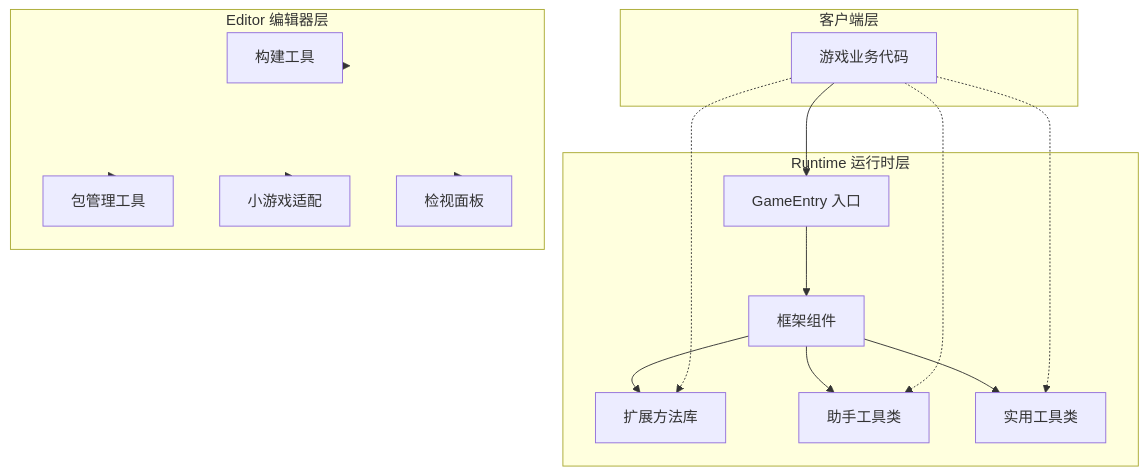
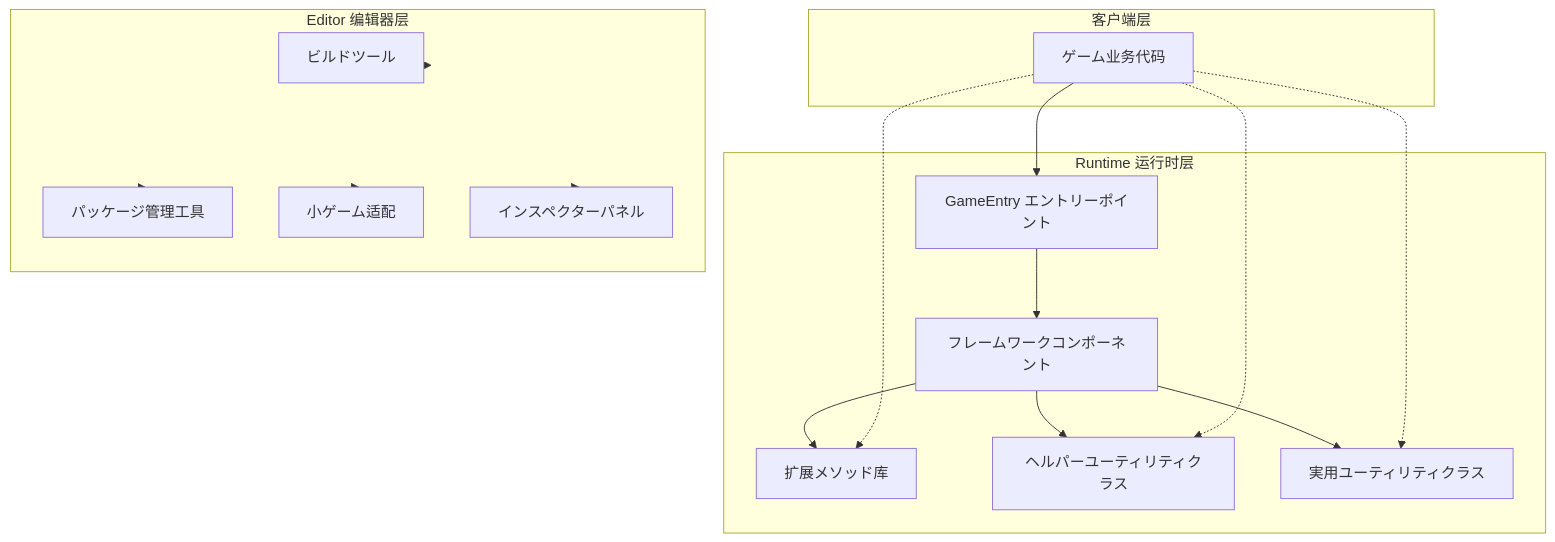
The first of 3 diagrams in docs/ja/client/unity/component/core/03.getting-started.md (AlianBlank/GameFrameX.Docs), drawn with Mermaid before and after one commit. The commit also changed other lines of this file and 603 other files, not shown here.

````diff
--- a/docs/ja/client/unity/component/core/03.getting-started.md
+++ b/docs/ja/client/unity/component/core/03.getting-started.md
@@ -26,34 +26,34 @@
 ```mermaid
 graph TD
     subgraph Client["客户端层"]
-        Game["游戏业务代码"]
+        Game["ゲーム业务代码"]
     end
 
     subgraph Runtime["Runtime 运行时层"]
-        Entry["GameEntry 入口"]
-        Components["框架组件"]
-        Extensions["扩展方法库"]
-        Helpers["助手工具类"]
-        Utilities["实用工具类"]
+        Entry["GameEntry エントリーポイント"]
+        Components["フレームワークコンポーネント"]
+        Extensions["扩展メソッド库"]
+        Helpers["ヘルパーユーティリティクラス"]
+        Utilities["実用ユーティリティクラス"]
     end
 
     subgraph Editor["Editor 编辑器层"]
-        Build["构建工具"]
-        Package["包管理工具"]
-        MiniGame["小游戏适配"]
-        Inspector["检视面板"]
+        Build["ビルドツール"]
+        Package["パッケージ管理工具"]
+        MiniGame["小ゲーム适配"]
+        Inspector["インスペクターパネル"]
     end
 
     Game --> Entry
     Entry --> Components
     Components --> Extensions
     Components --> Helpers
     Components --> Utilities
     Game -.-> Extensions
     Game -.-> Helpers
     Game -.-> Utilities
     Editor -.-> Build
     Editor -.-> Package
     Editor -.-> MiniGame
     Editor -.-> Inspector
 ```
````
